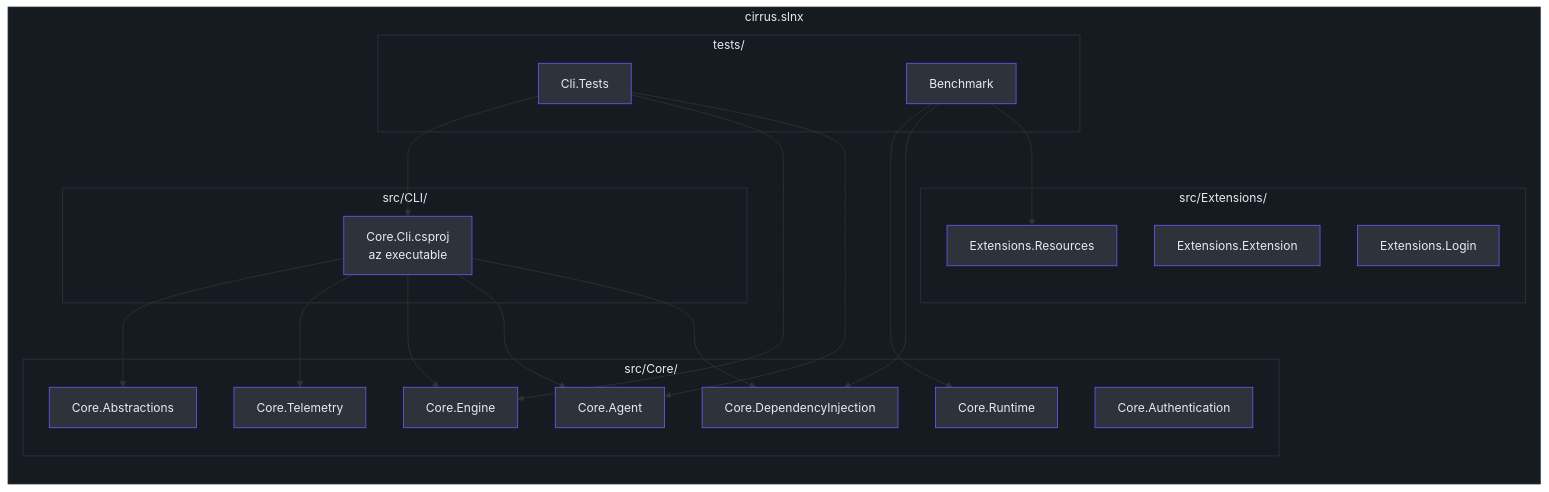
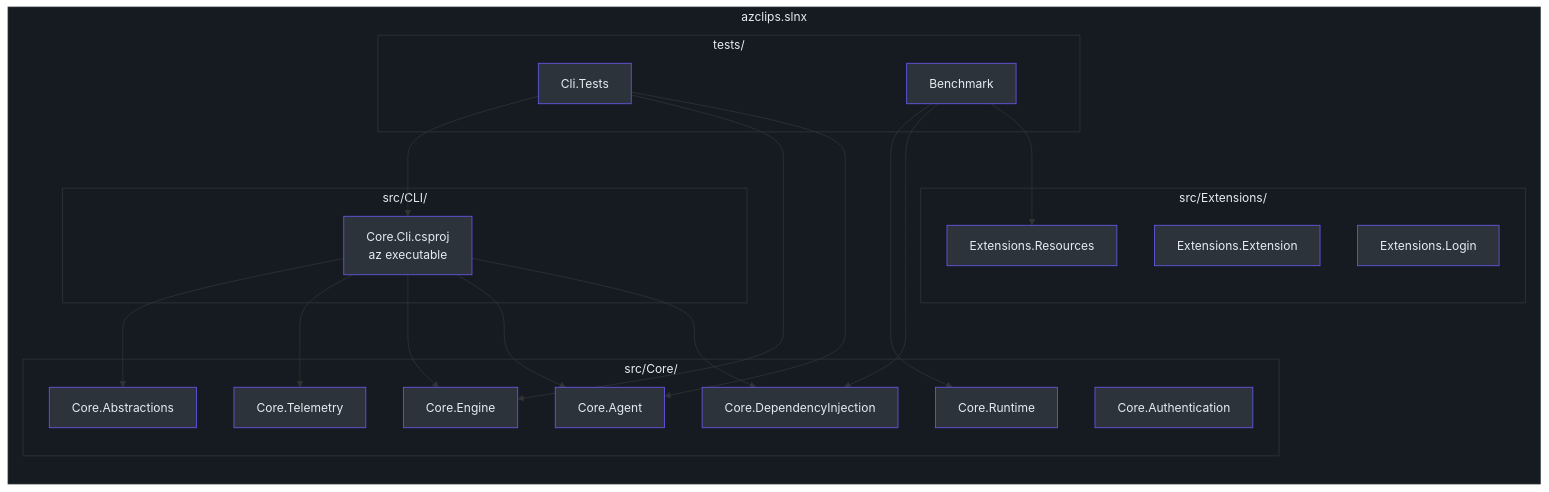
Before and after one commit to Azure/azclips: the first of 2 diagrams in wiki/02-deep-dive/build-cicd.md, drawn with Mermaid. The commit also changed other lines of this file and 30 other files, not shown here.

Commit message:
Update references solution references to azclips.slnx

````diff
--- a/wiki/02-deep-dive/build-cicd.md
+++ b/wiki/02-deep-dive/build-cicd.md
@@ -14,63 +14,63 @@
 ```mermaid
 flowchart TB
-    subgraph Solution["cirrus.slnx"]
+    subgraph Solution["azclips.slnx"]
         direction TB
         subgraph CLI["src/CLI/"]
             CoreCli["Core.Cli.csproj<br>az executable"]
         end
 
         subgraph Core["src/Core/"]
             Abs["Core.Abstractions"]
             Auth["Core.Authentication"]
             Agent["Core.Agent"]
             Engine["Core.Engine"]
             Telem["Core.Telemetry"]
             Runtime["Core.Runtime"]
             DI["Core.DependencyInjection"]
         end
 
         subgraph Extensions["src/Extensions/"]
             Ext["Extensions.Extension"]
             Res["Extensions.Resources"]
             Login["Extensions.Login"]
         end
 
         subgraph TestsFolder["tests/"]
             CliTests["Cli.Tests"]
             Bench["Benchmark"]
         end
     end
 
     CoreCli --> Abs
     CoreCli --> Telem
     CoreCli --> Engine
     CoreCli --> Agent
     CoreCli --> DI
 
     CliTests --> CoreCli
     CliTests --> Engine
     CliTests --> Agent
 
     Bench --> Runtime
     Bench --> DI
     Bench --> Res
 
     style Solution fill:#161b22,stroke:#30363d,color:#e6edf3
     style CLI fill:#161b22,stroke:#30363d,color:#e6edf3
     style Core fill:#161b22,stroke:#30363d,color:#e6edf3
     style Extensions fill:#161b22,stroke:#30363d,color:#e6edf3
     style TestsFolder fill:#161b22,stroke:#30363d,color:#e6edf3
     style CoreCli fill:#2d333b,stroke:#6d5dfc,color:#e6edf3
     style Abs fill:#2d333b,stroke:#6d5dfc,color:#e6edf3
     style Auth fill:#2d333b,stroke:#6d5dfc,color:#e6edf3
     style Agent fill:#2d333b,stroke:#6d5dfc,color:#e6edf3
     style Engine fill:#2d333b,stroke:#6d5dfc,color:#e6edf3
     style Telem fill:#2d333b,stroke:#6d5dfc,color:#e6edf3
     style Runtime fill:#2d333b,stroke:#6d5dfc,color:#e6edf3
     style DI fill:#2d333b,stroke:#6d5dfc,color:#e6edf3
     style Ext fill:#2d333b,stroke:#6d5dfc,color:#e6edf3
     style Res fill:#2d333b,stroke:#6d5dfc,color:#e6edf3
     style Login fill:#2d333b,stroke:#6d5dfc,color:#e6edf3
     style CliTests fill:#2d333b,stroke:#6d5dfc,color:#e6edf3
     style Bench fill:#2d333b,stroke:#6d5dfc,color:#e6edf3
 ```
````
